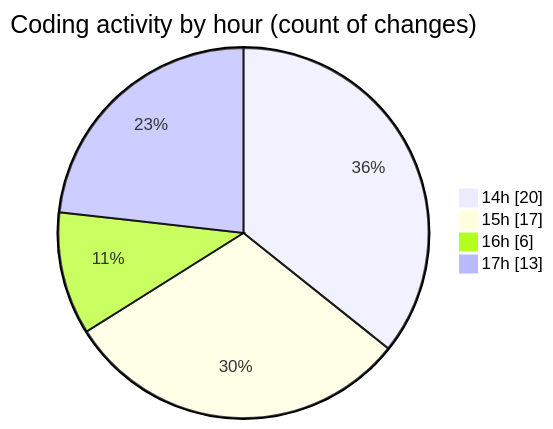
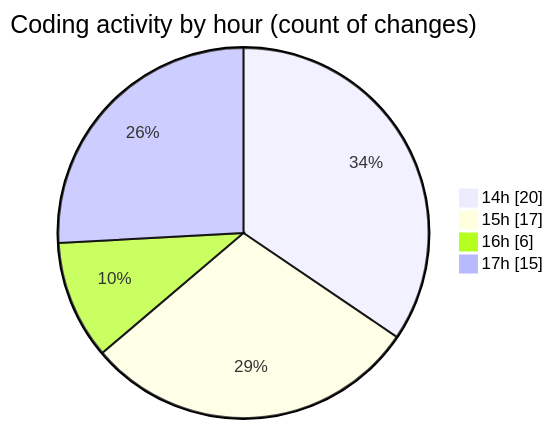
Before and after one commit to nxtqubesakshisongat/code-tracking: the second of 2 diagrams in 2025-08-26/nxtqube_webapp/README.md, drawn with Mermaid. The commit also changed other lines of this file and 1 other file, not shown here.

````diff
--- a/2025-08-26/nxtqube_webapp/README.md
+++ b/2025-08-26/nxtqube_webapp/README.md
@@ -36,8 +36,8 @@
 ```mermaid
 pie showData
 title Coding activity by hour (count of changes)
 "14h" : 20
 "15h" : 17
 "16h" : 6
-"17h" : 13
+"17h" : 15
 ```
````
